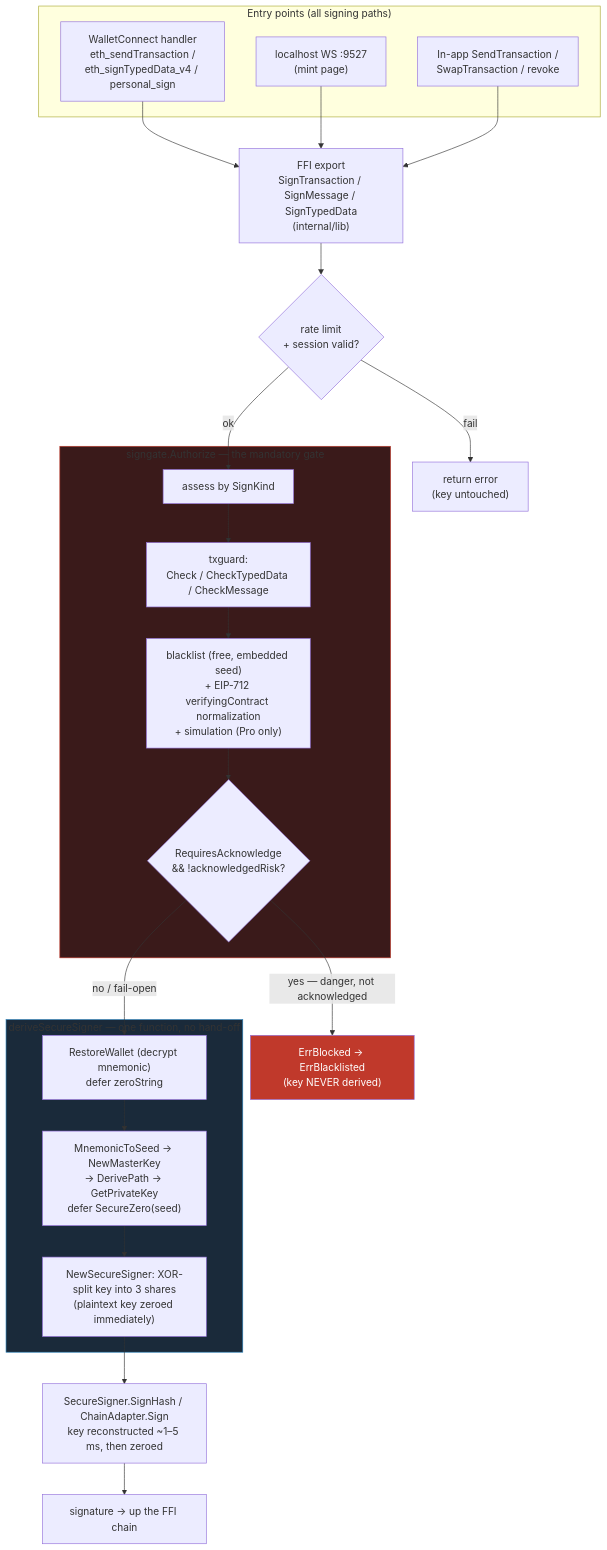
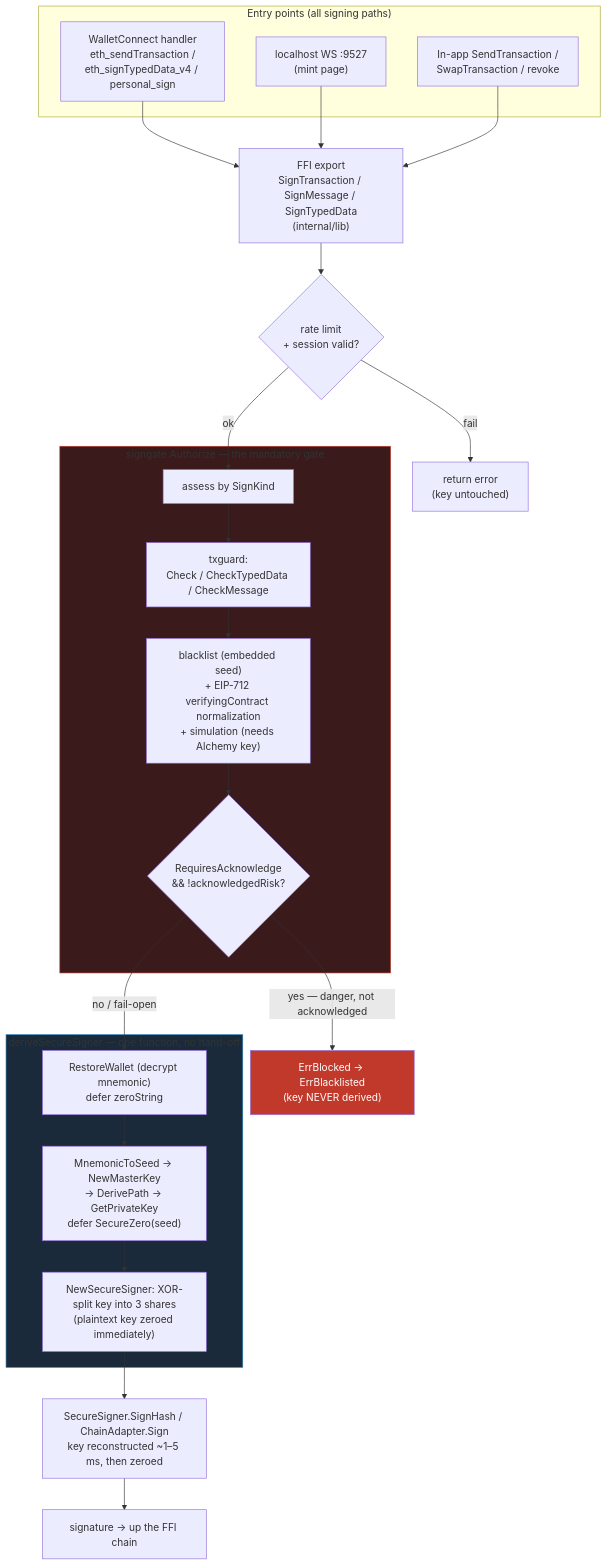
The third of 9 diagrams in docs/architecture.md (arcsignio/arcsign), drawn with Mermaid before and after one commit. The commit also changed other lines of this file and 108 other files, not shown here.

````diff
--- a/docs/architecture.md
+++ b/docs/architecture.md
@@ -386,36 +387,36 @@
 ```mermaid
 flowchart TD
     subgraph entry["Entry points (all signing paths)"]
         WC["WalletConnect handler<br/>eth_sendTransaction /<br/>eth_signTypedData_v4 / personal_sign"]
         WS["localhost WS :9527<br/>(mint page)"]
         UI["In-app SendTransaction /<br/>SwapTransaction / revoke"]
     end
     WC --> EXP
     WS --> EXP
     UI --> EXP
     EXP["FFI export<br/>SignTransaction / SignMessage / SignTypedData<br/>(internal/lib)"]
     EXP --> RL{"rate limit<br/>+ session valid?"}
     RL -->|"fail"| REJ1["return error<br/>(key untouched)"]
     RL -->|"ok"| GATE
 
     subgraph gatebox["signgate.Authorize — the mandatory gate"]
         GATE["assess by SignKind"]
         GATE --> CHK["txguard:<br/>Check / CheckTypedData / CheckMessage"]
-        CHK --> BL["blacklist (free, embedded seed)<br/>+ EIP-712 verifyingContract normalization<br/>+ simulation (Pro only)"]
+        CHK --> BL["blacklist (embedded seed)<br/>+ EIP-712 verifyingContract normalization<br/>+ simulation (needs Alchemy key)"]
         BL --> RA{"RequiresAcknowledge<br/>&& !acknowledgedRisk?"}
     end
     RA -->|"yes — danger, not acknowledged"| REJ2["ErrBlocked → ErrBlacklisted<br/>(key NEVER derived)"]
     RA -->|"no / fail-open"| DERIVE
 
     subgraph derivebox["deriveSecureSigner — one function, no hand-off"]
         DERIVE["RestoreWallet (decrypt mnemonic)<br/>defer zeroString"]
         DERIVE --> SEED["MnemonicToSeed → NewMasterKey<br/>→ DerivePath → GetPrivateKey<br/>defer SecureZero(seed)"]
         SEED --> SPLIT["NewSecureSigner: XOR-split key into 3 shares<br/>(plaintext key zeroed immediately)"]
     end
     SPLIT --> SIGN["SecureSigner.SignHash / ChainAdapter.Sign<br/>key reconstructed ~1–5 ms, then zeroed"]
     SIGN --> OUT["signature → up the FFI chain"]
 
     style gatebox fill:#3a1a1a,stroke:#c0392b
     style derivebox fill:#1a2a3a,stroke:#2980b9
     style REJ2 fill:#c0392b,color:#fff
 ```
````
